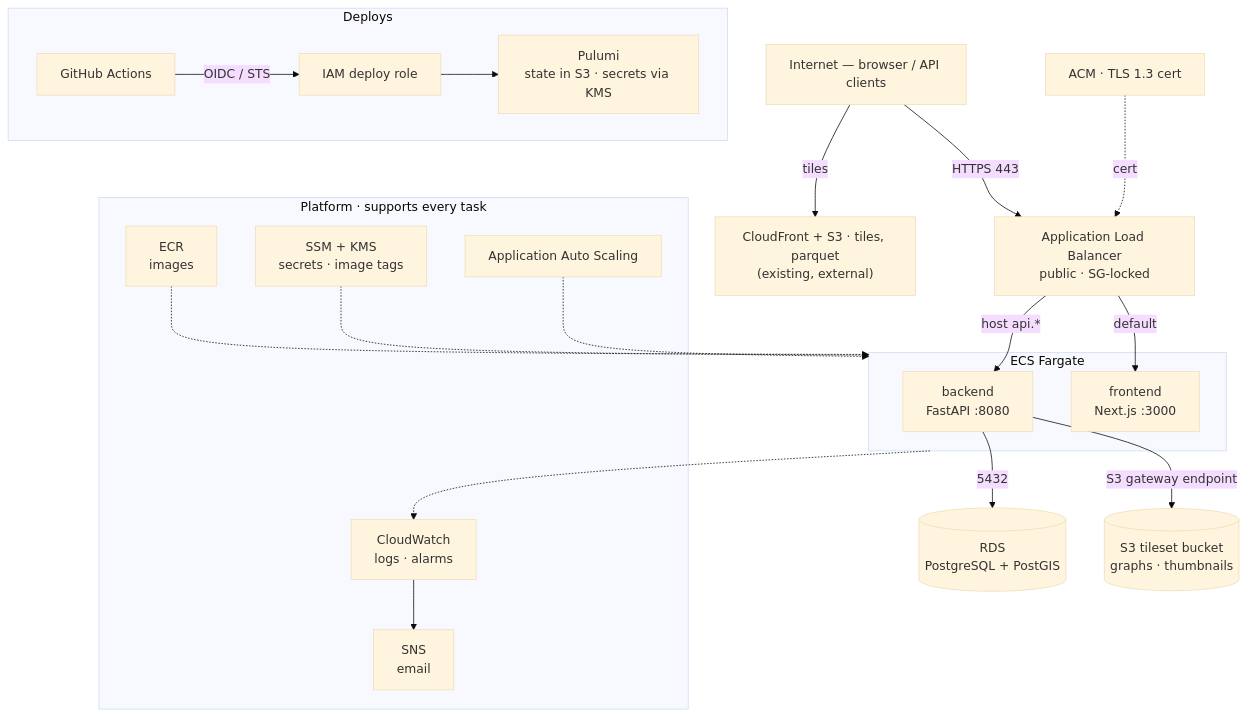
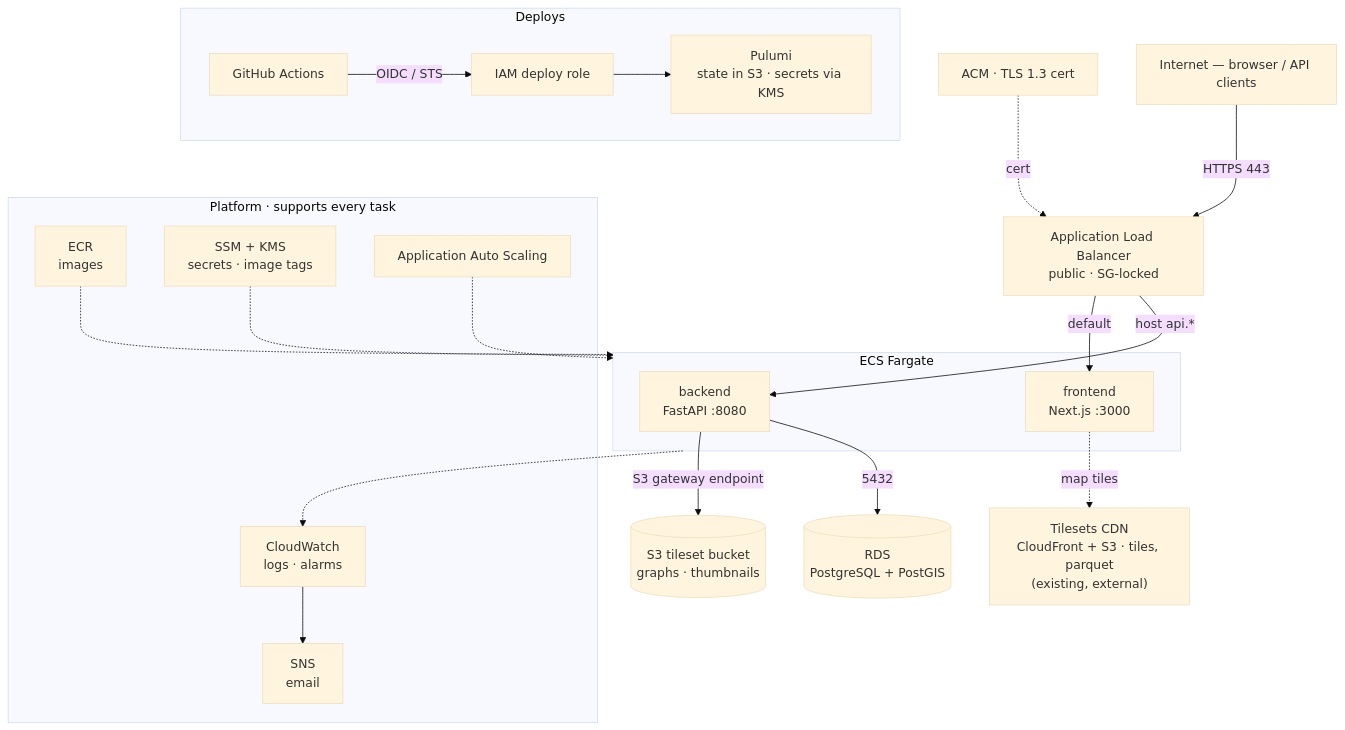
The diagram in infra/README.md (districtr/districtr-v2), drawn with Mermaid (base theme) before and after one commit. The commit also changed other lines of this file, not shown here.

Commit message:
Clarify FE

````diff
--- a/infra/README.md
+++ b/infra/README.md
@@ -18,45 +18,45 @@
 ```mermaid
 flowchart TB
     client["Internet — browser / API clients"]
-    cdn["CloudFront + S3 · tiles, parquet<br/>(existing, external)"]
+    cdn["Tilesets CDN<br/>CloudFront + S3 · tiles, parquet<br/>(existing, external)"]
     acm["ACM · TLS 1.3 cert"]
     alb["Application Load Balancer<br/>public · SG-locked"]
 
     subgraph ecs["ECS Fargate"]
       be["backend<br/>FastAPI :8080"]
       fe["frontend<br/>Next.js :3000"]
     end
 
     rds[("RDS<br/>PostgreSQL + PostGIS")]
     tiles[("S3 tileset bucket<br/>graphs · thumbnails")]
 
     client -->|"HTTPS 443"| alb
-    client -->|"tiles"| cdn
     acm -. cert .-> alb
     alb -->|"host api.*"| be
     alb -->|"default"| fe
+    fe -. map tiles .-> cdn
     be -->|"5432"| rds
     be -->|"S3 gateway endpoint"| tiles
 
     subgraph platform["Platform · supports every task"]
       ecr["ECR<br/>images"]
       ssm["SSM + KMS<br/>secrets · image tags"]
       cw["CloudWatch<br/>logs · alarms"]
       sns["SNS<br/>email"]
       aas["Application Auto Scaling"]
     end
 
     ecr -.-> ecs
     ssm -.-> ecs
     aas -.-> ecs
     ecs -.-> cw
     cw --> sns
 
     subgraph deploy["Deploys"]
       gha["GitHub Actions"]
       role["IAM deploy role"]
       pul["Pulumi<br/>state in S3 · secrets via KMS"]
     end
     gha -->|"OIDC / STS"| role
     role --> pul
 ```
````
